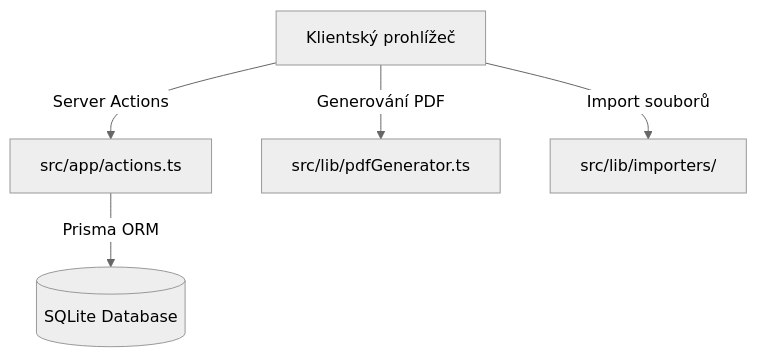
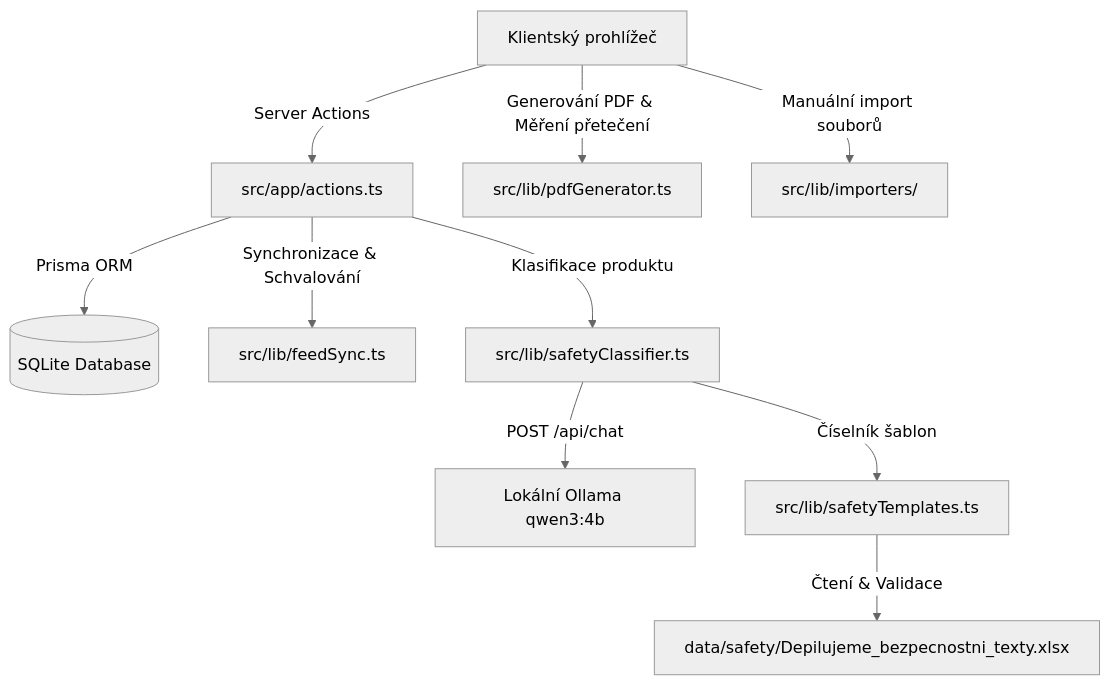
The diagram in DOCUMENTATION.md (Matyharo/stitkovac), drawn with Mermaid (neutral theme) before and after one commit. The commit also changed other lines of this file and 22 other files, not shown here.

Commit message:
feat: add local Ollama safety assistant, product descriptions, PDF overflow detection, and updated docs

````diff
--- a/DOCUMENTATION.md
+++ b/DOCUMENTATION.md
@@ -11,7 +11,12 @@
 ```mermaid
 graph TD
     Client[Klientský prohlížeč] -->|Server Actions| SA[src/app/actions.ts]
-    Client -->|Generování PDF| PDF[src/lib/pdfGenerator.ts]
+    Client -->|Generování PDF & Měření přetečení| PDF[src/lib/pdfGenerator.ts]
     SA -->|Prisma ORM| DB[(SQLite Database)]
-    Client -->|Import souborů| Importers[src/lib/importers/]
+    SA -->|Synchronizace & Schvalování| FeedSync[src/lib/feedSync.ts]
+    SA -->|Klasifikace produktu| Classifier[src/lib/safetyClassifier.ts]
+    Classifier -->|POST /api/chat| Ollama[Lokální Ollama qwen3:4b]
+    Classifier -->|Číselník šablon| Templates[src/lib/safetyTemplates.ts]
+    Templates -->|Čtení & Validace| Excel[data/safety/Depilujeme_bezpecnostni_texty.xlsx]
+    Client -->|Manuální import souborů| Importers[src/lib/importers/]
 ```
````
